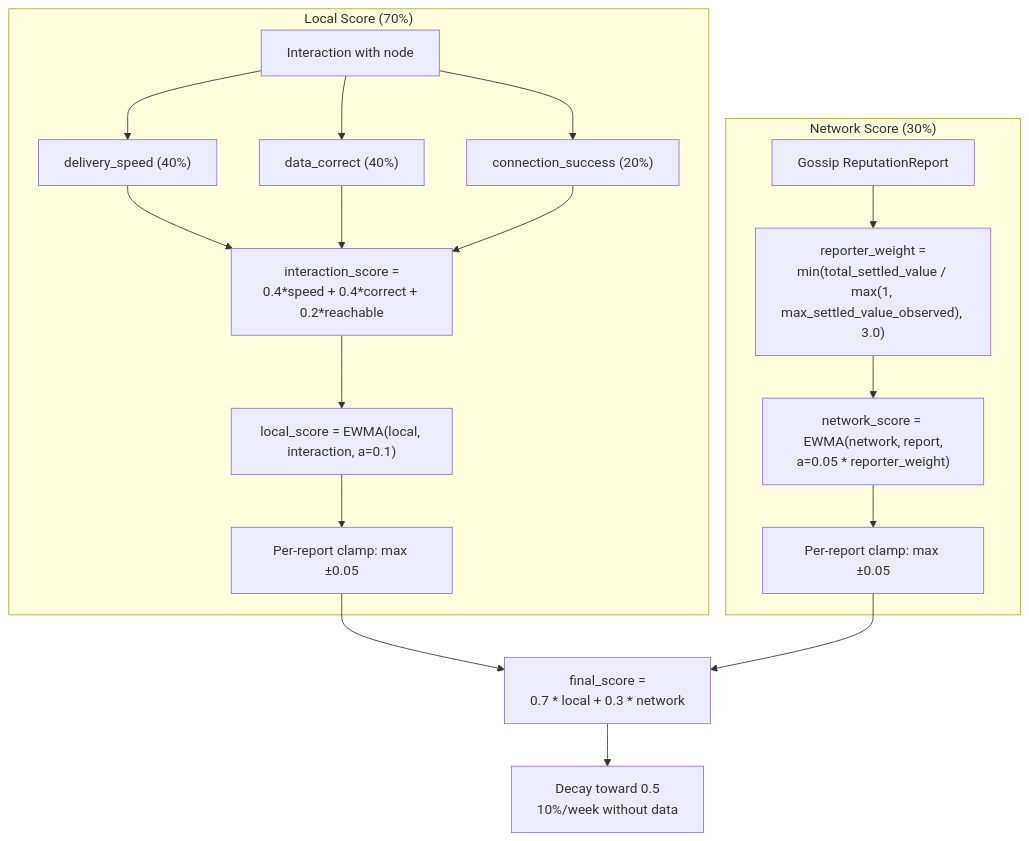
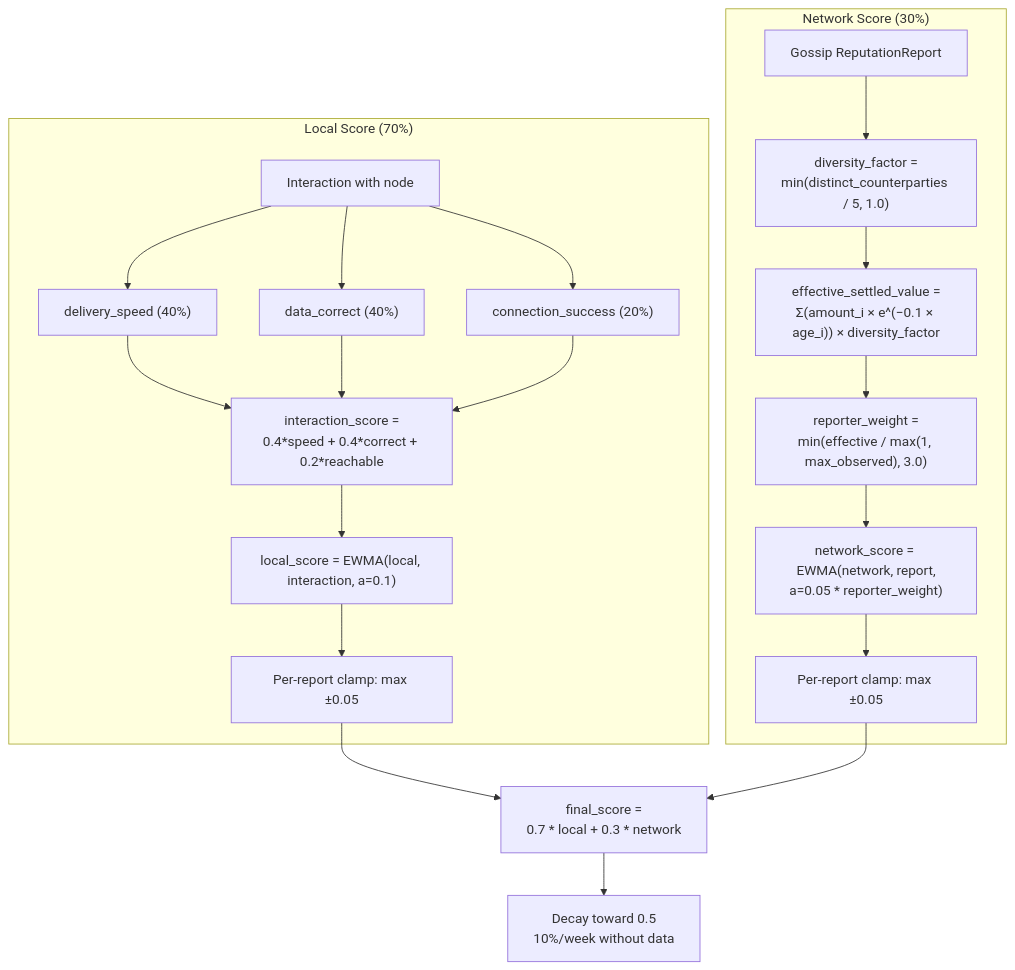
One commit to decdn/decdn changed the first of 2 diagrams in adr/008-reputation.md. Above: the diagram before and after it, drawn with Mermaid. The commit also changed other lines of this file and 1 other file, not shown here.

First line of the commit message:
docs: add anti-wash-trading mitigations to reputation system (#155)

````diff
--- a/adr/008-reputation.md
+++ b/adr/008-reputation.md
@@ -76,24 +123,26 @@
 ```mermaid
 flowchart TD
     subgraph Local["Local Score (70%)"]
         I[Interaction with node] --> M1["delivery_speed (40%)"]
         I --> M2["data_correct (40%)"]
         I --> M3["connection_success (20%)"]
         M1 --> IS["interaction_score =<br/>0.4*speed + 0.4*correct + 0.2*reachable"]
         M2 --> IS
         M3 --> IS
         IS --> EWMA1["local_score = EWMA(local, interaction, a=0.1)"]
         EWMA1 --> CLAMP1["Per-report clamp: max ±0.05"]
     end
 
     subgraph Network["Network Score (30%)"]
-        GR[Gossip ReputationReport] --> RW["reporter_weight =<br/>min(total_settled_value / max(1, max_settled_value_observed), 3.0)"]
+        GR[Gossip ReputationReport] --> DC["diversity_factor =<br/>min(distinct_counterparties / 5, 1.0)"]
+        DC --> TD["effective_settled_value =<br/>Σ(amount_i × e^(−0.1 × age_i)) × diversity_factor"]
+        TD --> RW["reporter_weight =<br/>min(effective / max(1, max_observed), 3.0)"]
         RW --> EWMA2["network_score = EWMA(network, report,<br/>a=0.05 * reporter_weight)"]
         EWMA2 --> CLAMP2["Per-report clamp: max ±0.05"]
     end
 
     CLAMP1 --> FINAL["final_score =<br/>0.7 * local + 0.3 * network"]
     CLAMP2 --> FINAL
 
     FINAL --> DECAY["Decay toward 0.5<br/>10%/week without data"]
 ```
````
